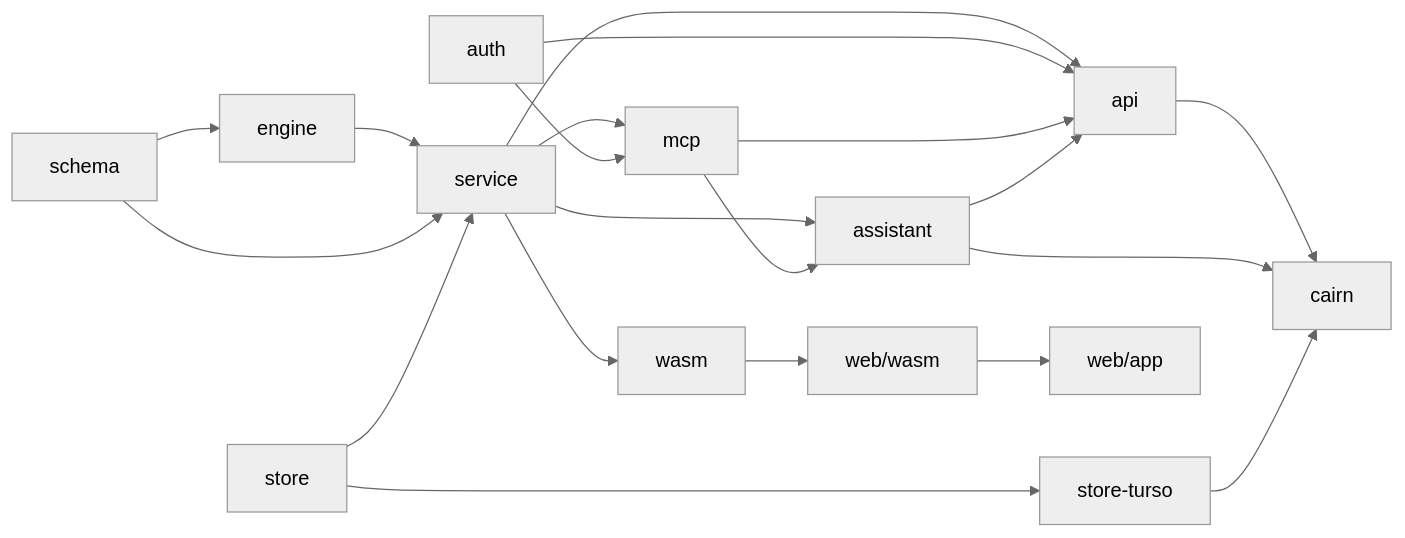
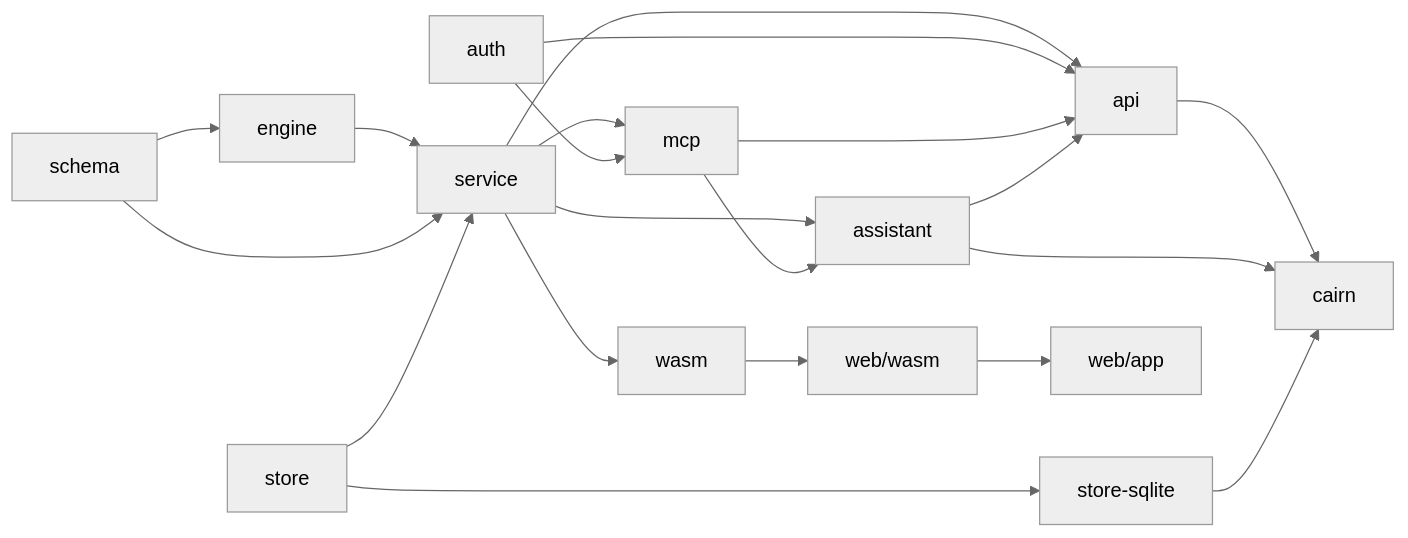
Before and after one commit to JacobHayes/cairn: the second of 3 diagrams in ARCHITECTURE.md, drawn with Mermaid (neutral theme). The commit also changed other lines of this file and 128 other files, not shown here.

````diff
--- a/ARCHITECTURE.md
+++ b/ARCHITECTURE.md
@@ -108,22 +108,22 @@
 ```mermaid
 flowchart LR
     schema --> engine
     engine --> service
     schema --> service
     store --> service
-    store --> store_turso[store-turso]
+    store --> store_sqlite[store-sqlite]
     service --> api
     service --> mcp
     service --> assistant
     auth --> api
     auth --> mcp
     mcp --> api
     mcp --> assistant
     assistant --> api
     api --> cairn
     assistant --> cairn
-    store_turso --> cairn
+    store_sqlite --> cairn
     service --> wasm
     wasm --> web_wasm[web/wasm]
     web_wasm --> web_app[web/app]
 ```
````
